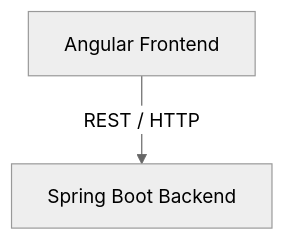
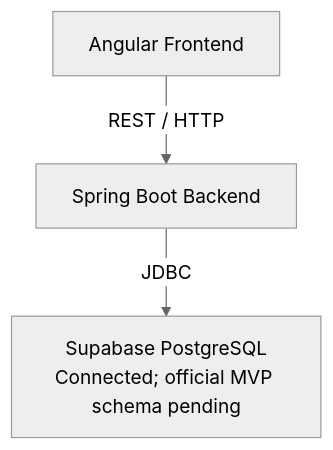
Before and after one commit to ndphon1003/tutor_kb: the first of 2 diagrams in architecture/system-overview.md, drawn with Mermaid (neutral theme). The commit also changed other lines of this file and 20 other files, not shown here.

````diff
--- a/architecture/system-overview.md
+++ b/architecture/system-overview.md
@@ -9,4 +9,5 @@
 ```mermaid
 flowchart TD
     FE[Angular Frontend] -->|REST / HTTP| BE[Spring Boot Backend]
+    BE -->|JDBC| DB[Supabase PostgreSQL<br/>Connected; official MVP schema pending]
 ```
````
